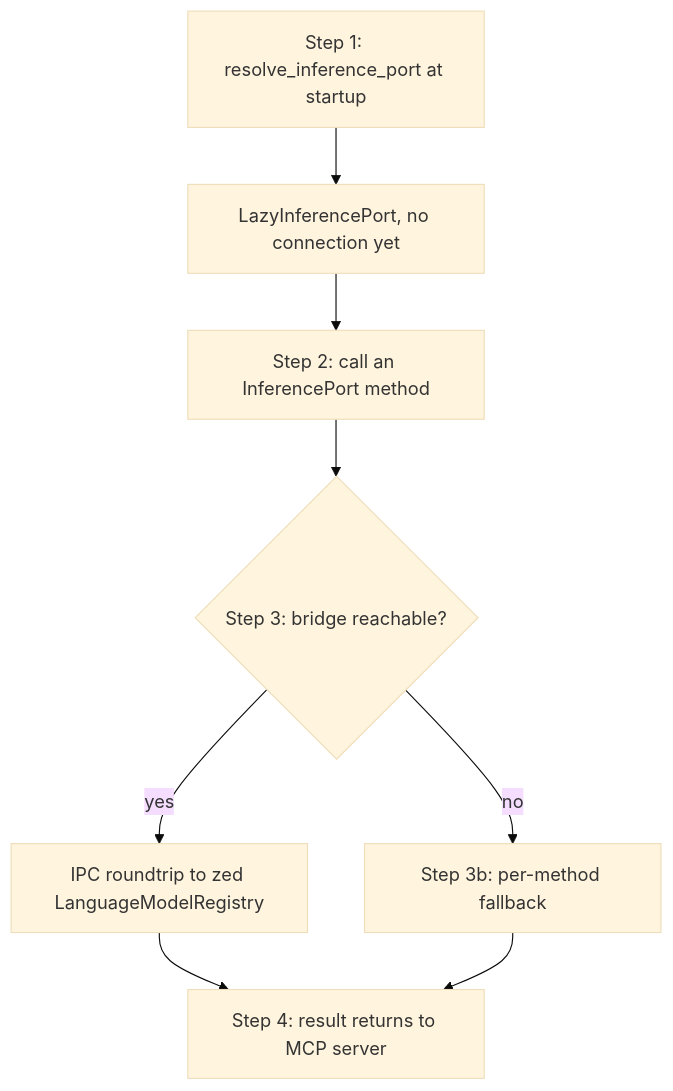
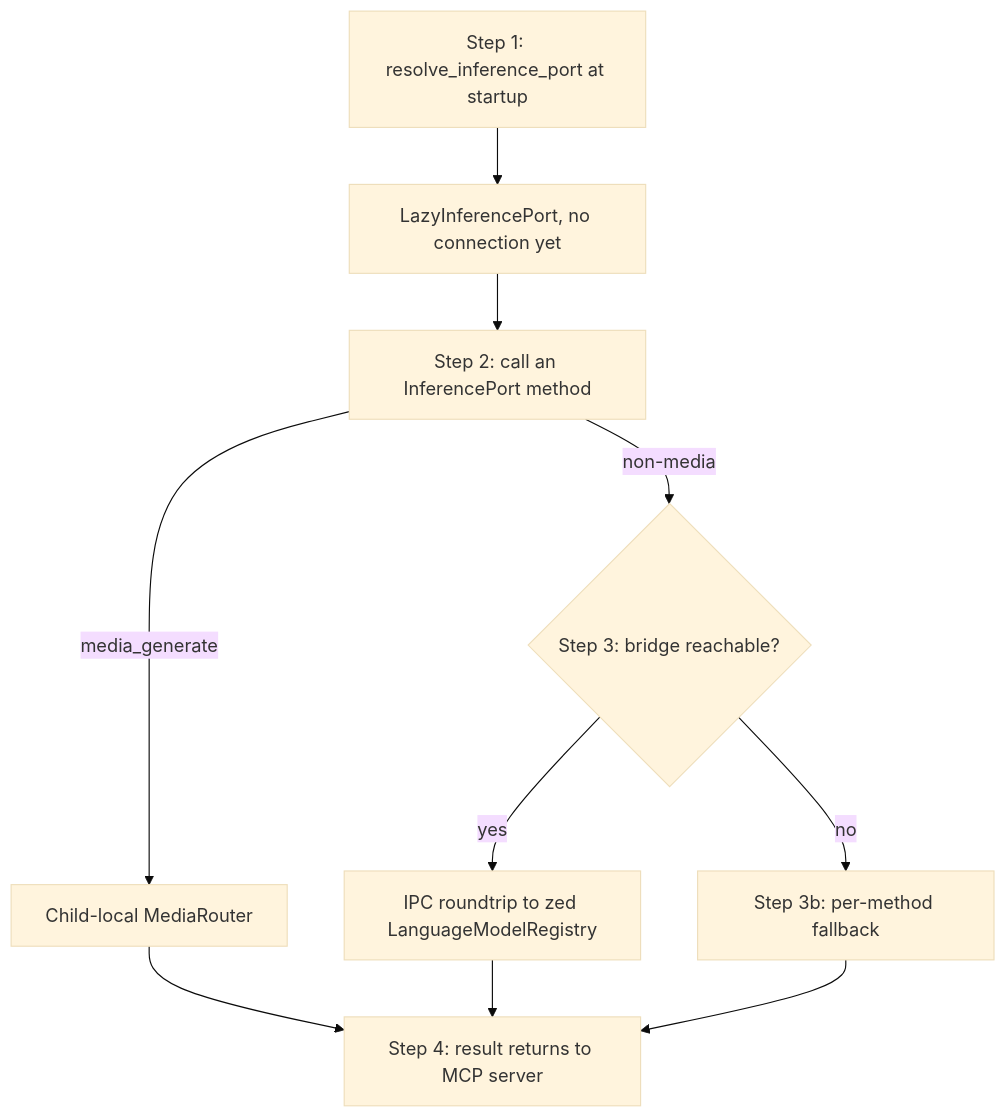
Before and after one commit to mdz-axo/zed-kask: the diagram in kask/docs/diataxis/hkask-inference/tutorial.md, drawn with Mermaid (base theme). The commit also changed other lines of this file and 14 other files, not shown here.

````diff
--- a/kask/docs/diataxis/hkask-inference/tutorial.md
+++ b/kask/docs/diataxis/hkask-inference/tutorial.md
@@ -31,10 +31,12 @@
 ```mermaid
 flowchart TD
     A[Step 1: resolve_inference_port at startup] --> B[LazyInferencePort, no connection yet]
     B --> C[Step 2: call an InferencePort method]
-    C --> D{Step 3: bridge reachable?}
+    C -- non-media --> D{Step 3: bridge reachable?}
+    C -- media_generate --> M[Child-local MediaRouter]
+    M --> G
     D -- yes --> E[IPC roundtrip to zed LanguageModelRegistry]
     D -- no --> F[Step 3b: per-method fallback]
     E --> G[Step 4: result returns to MCP server]
     F --> G
 ```
````
